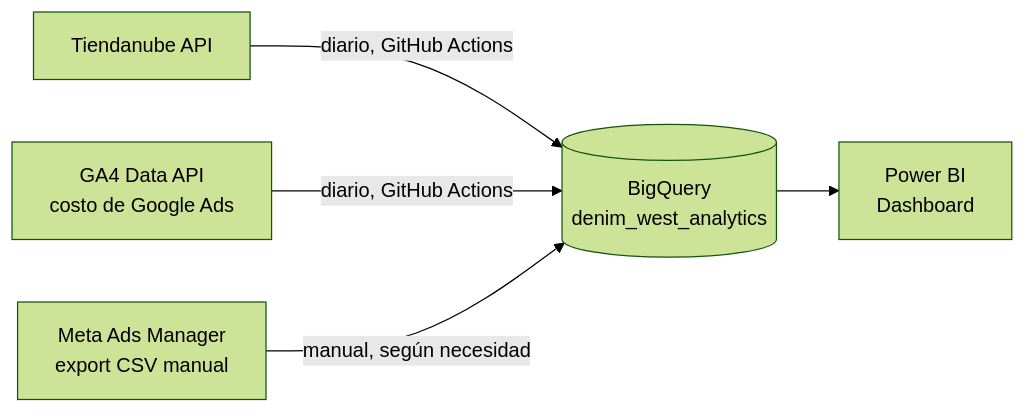
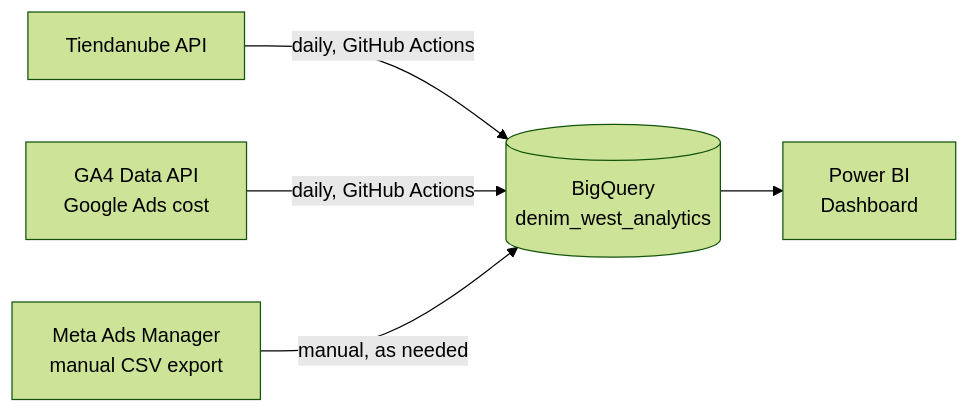
The diagram in README.md (jgonzalezarteaga/pipeline-analitica-denim-west), drawn with Mermaid (forest theme) before and after one commit. The commit also changed other lines of this file, not shown here.

````diff
--- a/README.md
+++ b/README.md
@@ -17,7 +19,7 @@
 ```mermaid
 flowchart LR
-    A[Tiendanube API] -->|diario, GitHub Actions| D[(BigQuery<br/>denim_west_analytics)]
-    B[GA4 Data API<br/>costo de Google Ads] -->|diario, GitHub Actions| D
-    C[Meta Ads Manager<br/>export CSV manual] -->|manual, según necesidad| D
+    A[Tiendanube API] -->|daily, GitHub Actions| D[(BigQuery<br/>denim_west_analytics)]
+    B[GA4 Data API<br/>Google Ads cost] -->|daily, GitHub Actions| D
+    C[Meta Ads Manager<br/>manual CSV export] -->|manual, as needed| D
     D --> E[Power BI<br/>Dashboard]
 ```
````
